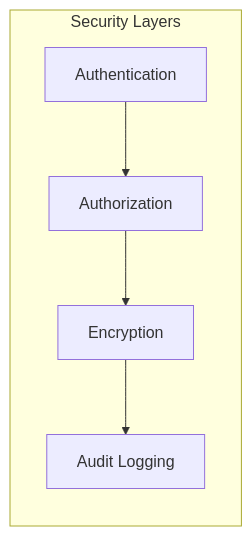
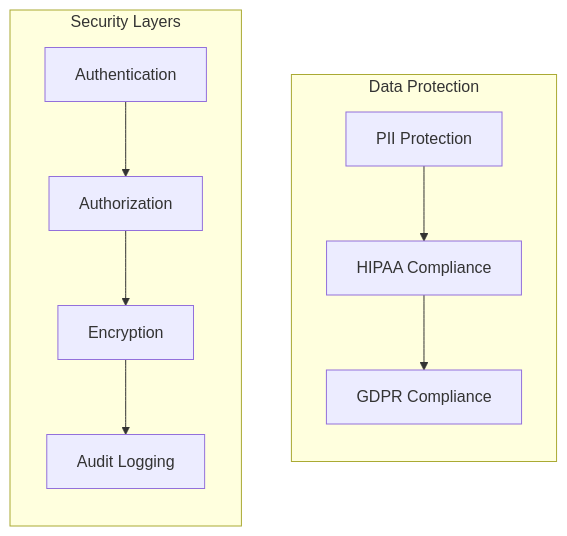
The third of 4 diagrams in architecture.md (matthewswogger/family-med-nanny), drawn with Mermaid before and after one commit. The commit also changed other lines of this file, not shown here.

Commit message:
tweaking mermaid diagrams due to github rendering limitations.

````diff
--- a/architecture.md
+++ b/architecture.md
@@ -116,13 +105,22 @@
 ```mermaid
-graph LR
+flowchart TB
+    subgraph "Data Protection"
+        PII[PII Protection]
+        HIPAA[HIPAA Compliance]
+        GDPR[GDPR Compliance]
+        direction TB
+        PII-->HIPAA
+        HIPAA-->GDPR
+    end
+
     subgraph "Security Layers"
         Auth[Authentication]
         Authz[Authorization]
         Encrypt[Encryption]
         Audit[Audit Logging]
+        direction TB
+        Auth-->Authz
+        Authz-->Encrypt
+        Encrypt-->Audit
     end
-
-    Auth --> Authz
-    Authz --> Encrypt
-    Encrypt --> Audit
 ```
````
